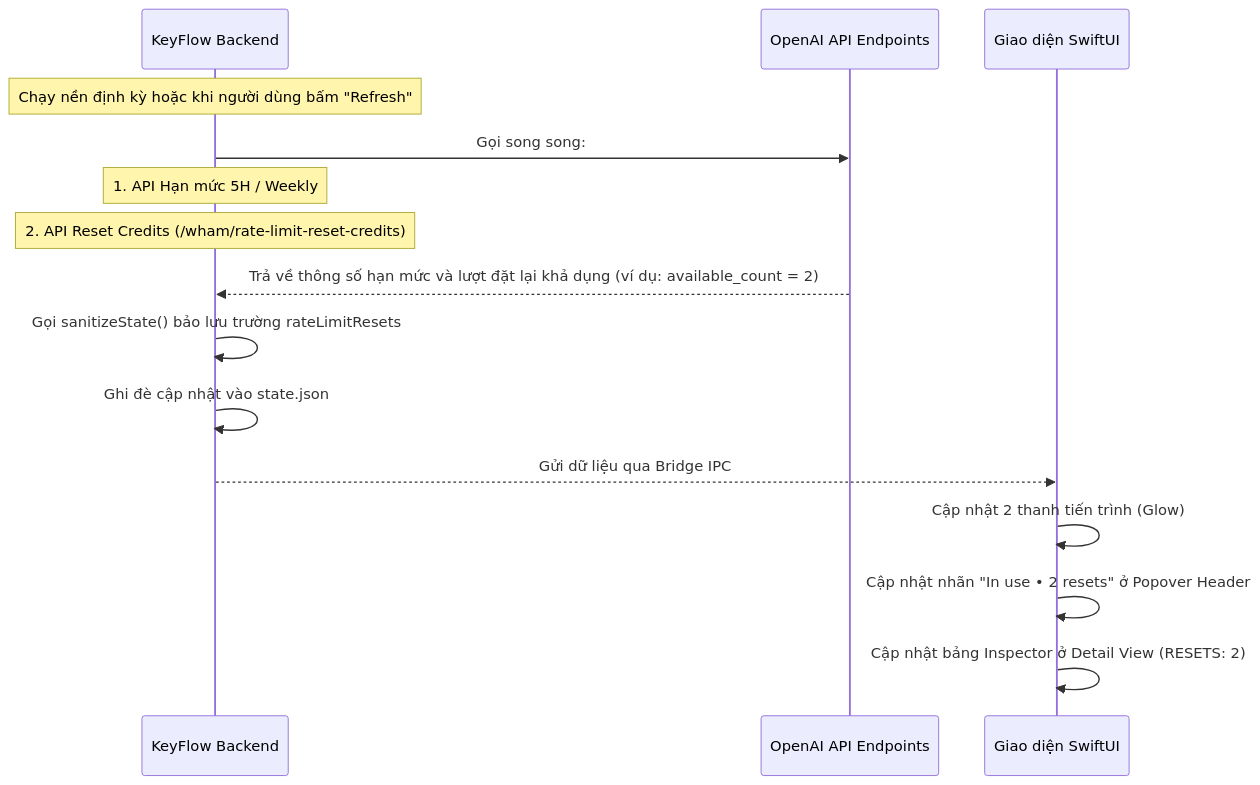
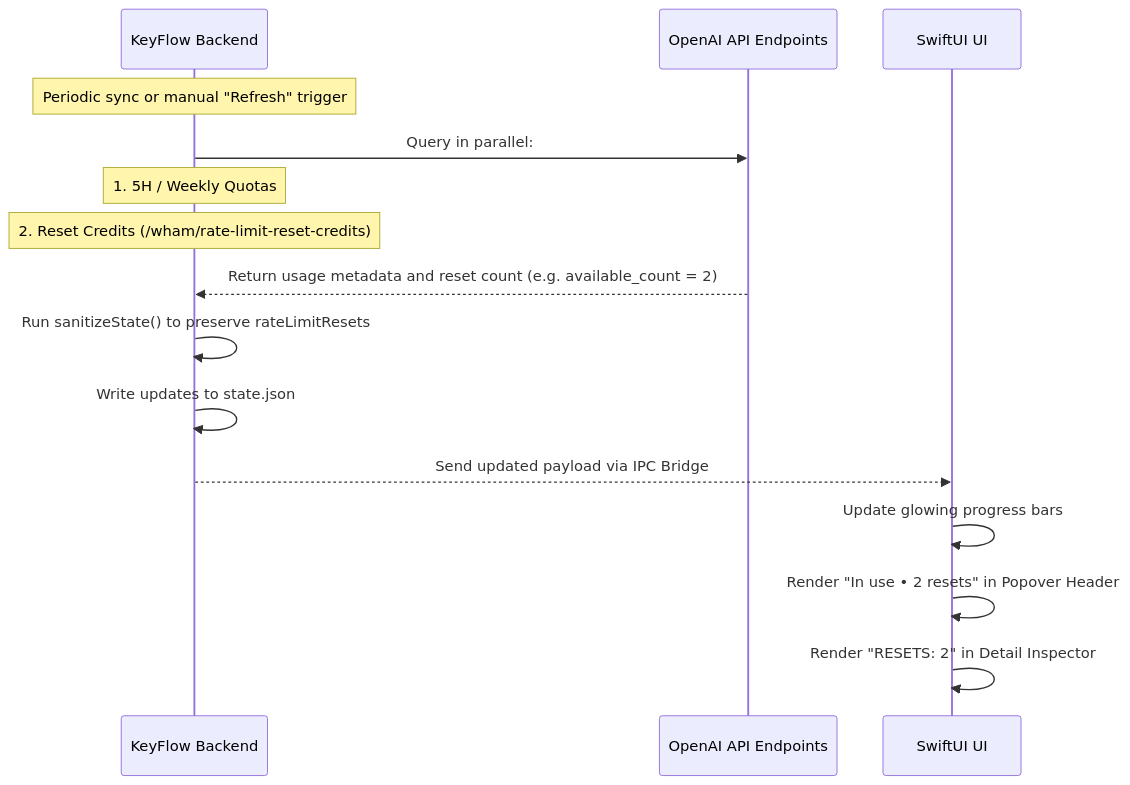
Before and after one commit to hbui290/keyflow: the fifth of 5 diagrams in USERFLOW.md, drawn with Mermaid. The commit also changed other lines of this file and 2 other files, not shown here.

````diff
--- a/USERFLOW.md
+++ b/USERFLOW.md
@@ -131,18 +130,18 @@
 ```mermaid
 sequenceDiagram
     participant CLI as KeyFlow Backend
     participant API as OpenAI API Endpoints
-    participant UI as Giao diện SwiftUI
+    participant UI as SwiftUI UI
 
-    Note over CLI: Chạy nền định kỳ hoặc khi người dùng bấm "Refresh"
-    CLI->>API: Gọi song song:
-    Note over CLI: 1. API Hạn mức 5H / Weekly
-    Note over CLI: 2. API Reset Credits (/wham/rate-limit-reset-credits)
-    API-->>CLI: Trả về thông số hạn mức và lượt đặt lại khả dụng (ví dụ: available_count = 2)
-    CLI->>CLI: Gọi sanitizeState() bảo lưu trường rateLimitResets
-    CLI->>CLI: Ghi đè cập nhật vào state.json
-    CLI-->>UI: Gửi dữ liệu qua Bridge IPC
-    UI->>UI: Cập nhật 2 thanh tiến trình (Glow)
-    UI->>UI: Cập nhật nhãn "In use • 2 resets" ở Popover Header
-    UI->>UI: Cập nhật bảng Inspector ở Detail View (RESETS: 2)
+    Note over CLI: Periodic sync or manual "Refresh" trigger
+    CLI->>API: Query in parallel:
+    Note over CLI: 1. 5H / Weekly Quotas
+    Note over CLI: 2. Reset Credits (/wham/rate-limit-reset-credits)
+    API-->>CLI: Return usage metadata and reset count (e.g. available_count = 2)
+    CLI->>CLI: Run sanitizeState() to preserve rateLimitResets
+    CLI->>CLI: Write updates to state.json
+    CLI-->>UI: Send updated payload via IPC Bridge
+    UI->>UI: Update glowing progress bars
+    UI->>UI: Render "In use • 2 resets" in Popover Header
+    UI->>UI: Render "RESETS: 2" in Detail Inspector
 ```
````
